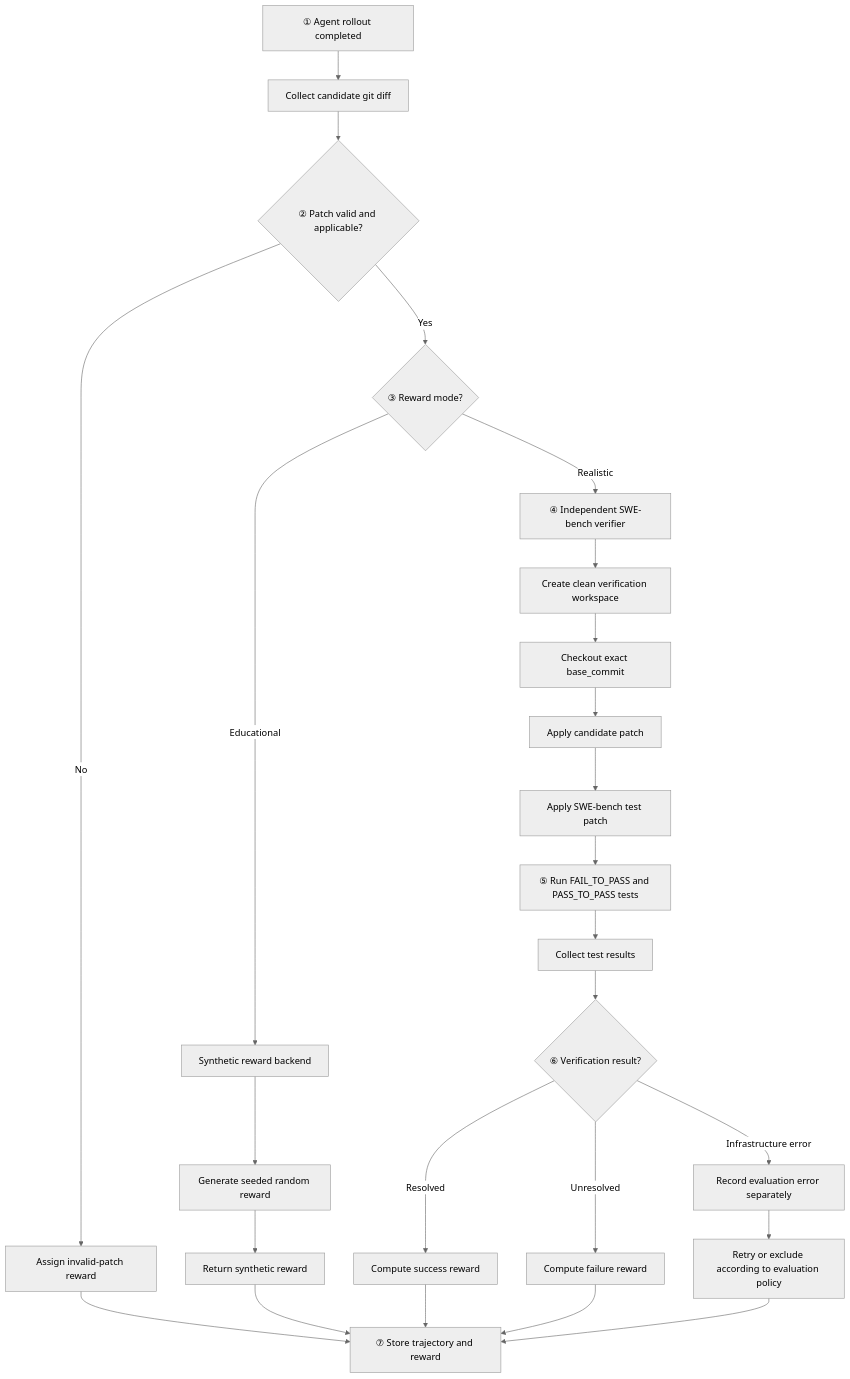
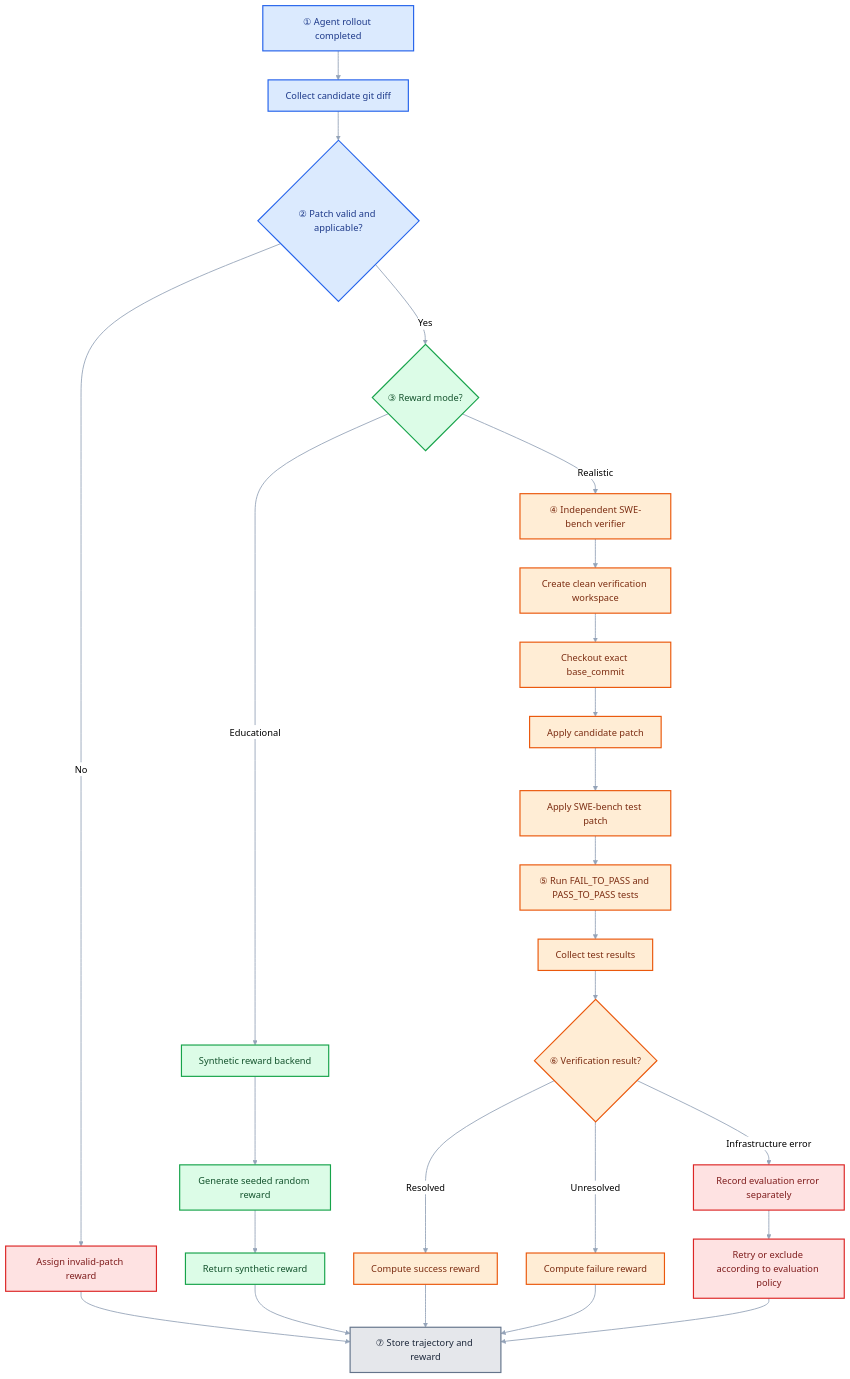
One commit to rderakhshan/SWE changed the third of 4 diagrams in README.md. Above: the diagram before and after it, drawn with Mermaid (neutral theme). The commit also changed other lines of this file, not shown here.

Commit message:
Update README flowcharts to newest versions

````diff
--- a/README.md
+++ b/README.md
@@ -190,32 +202,46 @@
 ```mermaid
 flowchart TD
     A["① Agent rollout completed"] --> B["Collect candidate git diff"]
     B --> C{"② Patch valid and applicable?"}
 
     C -->|No| D["Assign invalid-patch reward"]
     C -->|Yes| E{"③ Reward mode?"}
 
     E -->|Educational| F["Synthetic reward backend"]
     F --> G["Generate seeded random reward"]
     G --> H["Return synthetic reward"]
 
     E -->|Realistic| I["④ Independent SWE-bench verifier"]
     I --> J["Create clean verification workspace"]
     J --> K["Checkout exact base_commit"]
     K --> L["Apply candidate patch"]
     L --> M["Apply SWE-bench test patch"]
     M --> N["⑤ Run FAIL_TO_PASS and PASS_TO_PASS tests"]
     N --> O["Collect test results"]
     O --> P{"⑥ Verification result?"}
 
     P -->|Resolved| Q["Compute success reward"]
     P -->|Unresolved| R["Compute failure reward"]
     P -->|Infrastructure error| S["Record evaluation error separately"]
 
     D --> T["⑦ Store trajectory and reward"]
     H --> T
     Q --> T
     R --> T
     S --> U["Retry or exclude according to evaluation policy"]
     U --> T
+
+    classDef prep fill:#DBEAFE,stroke:#2563EB,color:#1E3A8A,stroke-width:2px
+    classDef synthetic fill:#DCFCE7,stroke:#16A34A,color:#14532D,stroke-width:2px
+    classDef verify fill:#FFEDD5,stroke:#EA580C,color:#7C2D12,stroke-width:2px
+    classDef error fill:#FEE2E2,stroke:#DC2626,color:#7F1D1D,stroke-width:2px
+    classDef learn fill:#E5E7EB,stroke:#64748B,color:#1E293B,stroke-width:2px
+
+    class A,B,C prep
+    class E,F,G,H synthetic
+    class I,J,K,L,M,N,O,P,Q,R verify
+    class D,S,U error
+    class T learn
+
+    linkStyle default stroke:#94A3B8,stroke-width:1.5px
 ```
````
